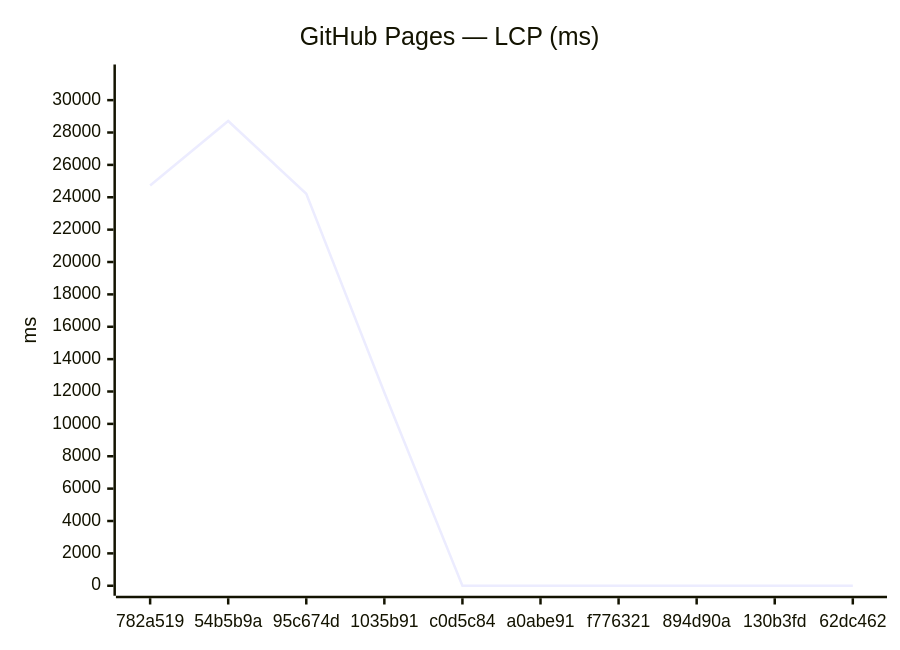
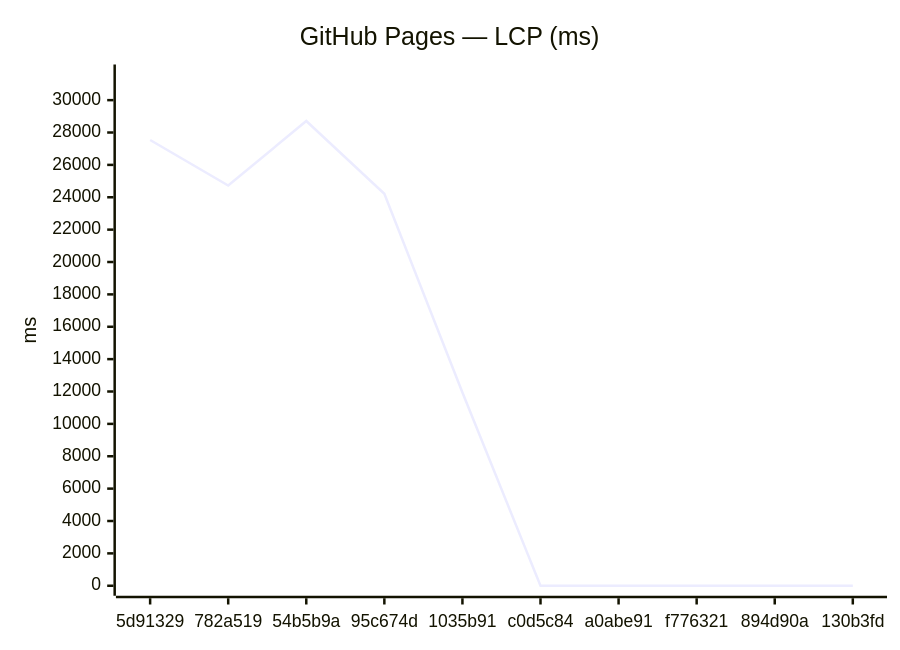
One commit to Metaheurist/Rianell changed the third of 18 diagrams in benchmarks/compare.md. Above: the diagram before and after it, drawn with Mermaid. The commit also changed other lines of this file and 11 other files, not shown here.

````diff
--- a/benchmarks/compare.md
+++ b/benchmarks/compare.md
@@ -54,7 +54,7 @@
 ```mermaid
 xychart-beta
     title "GitHub Pages — LCP (ms)"
-    x-axis ["782a519", "54b5b9a", "95c674d", "1035b91", "c0d5c84", "a0abe91", "f776321", "894d90a", "130b3fd", "62dc462"]
+    x-axis ["5d91329", "782a519", "54b5b9a", "95c674d", "1035b91", "c0d5c84", "a0abe91", "f776321", "894d90a", "130b3fd"]
     y-axis "ms" 0 --> 31584
-    line [24725, 28712, 24213, 11936, 0, 0, 0, 0, 0, 0]
+    line [27536, 24725, 28712, 24213, 11936, 0, 0, 0, 0, 0]
 ```
````
